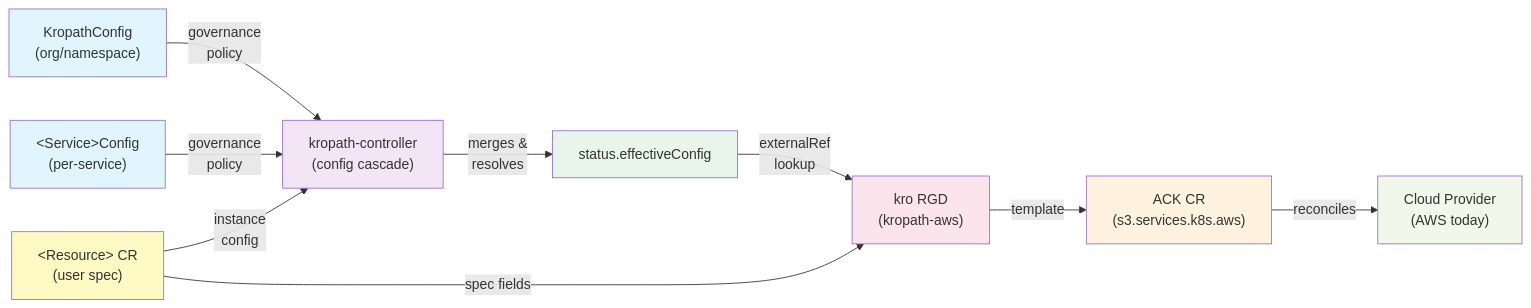
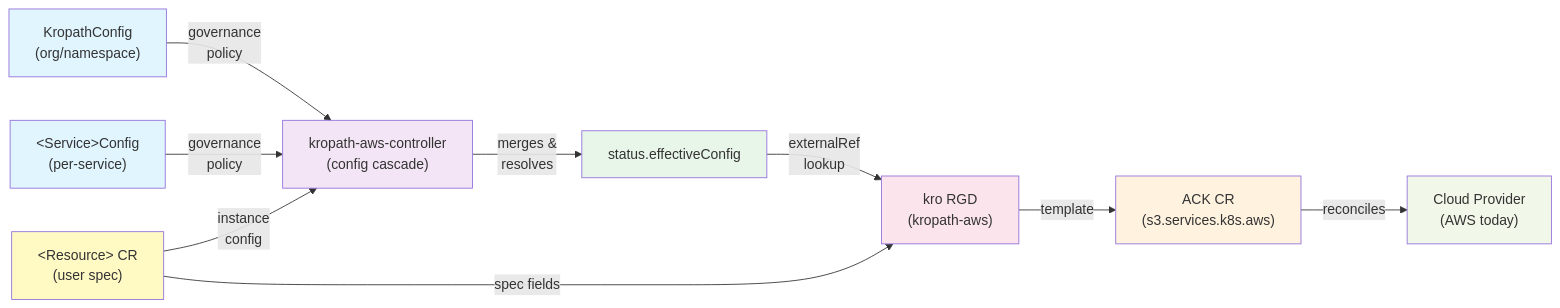
Before and after one commit to kropath/kropath-docs: the diagram in content/en/docs/concepts/architecture/_index.md, drawn with Mermaid. The commit also changed other lines of this file and 44 other files, not shown here.

First line of the commit message:
docs(KRO-1397): rename stale kropath-controller references to kropath-aws-controller

````diff
--- a/content/en/docs/concepts/architecture/_index.md
+++ b/content/en/docs/concepts/architecture/_index.md
@@ -17,24 +17,24 @@
 ```mermaid
 graph LR
-    A["KropathConfig<br/>(org/namespace)"] -->|governance<br/>policy| C["kropath-controller<br/>(config cascade)"]
+    A["KropathConfig<br/>(org/namespace)"] -->|governance<br/>policy| C["kropath-aws-controller<br/>(config cascade)"]
     B["&lt;Service&gt;Config<br/>(per-service)"] -->|governance<br/>policy| C
     D["&lt;Resource&gt; CR<br/>(user spec)"] -->|instance<br/>config| C
     
     C -->|merges &amp;<br/>resolves| E["status.effectiveConfig"]
     
     E -->|externalRef<br/>lookup| F["kro RGD<br/>(kropath-aws)"]
     D -->|spec fields| F
     
     F -->|template| G["ACK CR<br/>(s3.services.k8s.aws)"]
     
     G -->|reconciles| H["Cloud Provider<br/>(AWS today)"]
     
     style A fill:#e1f5ff
     style B fill:#e1f5ff
     style D fill:#fff9c4
     style C fill:#f3e5f5
     style E fill:#e8f5e9
     style F fill:#fce4ec
     style G fill:#fff3e0
     style H fill:#f1f8e9
 ```
````
